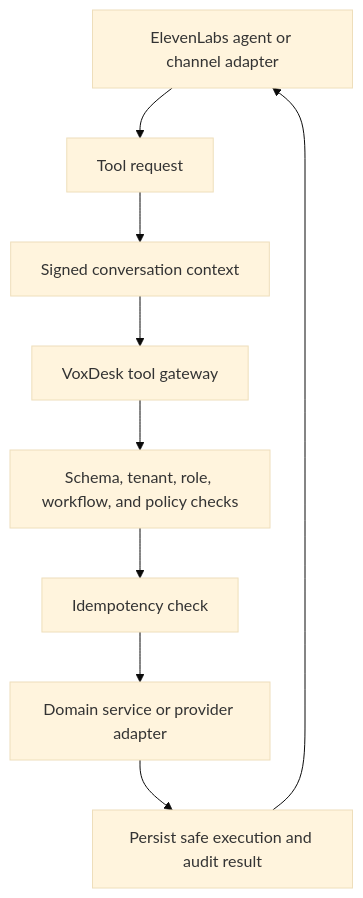
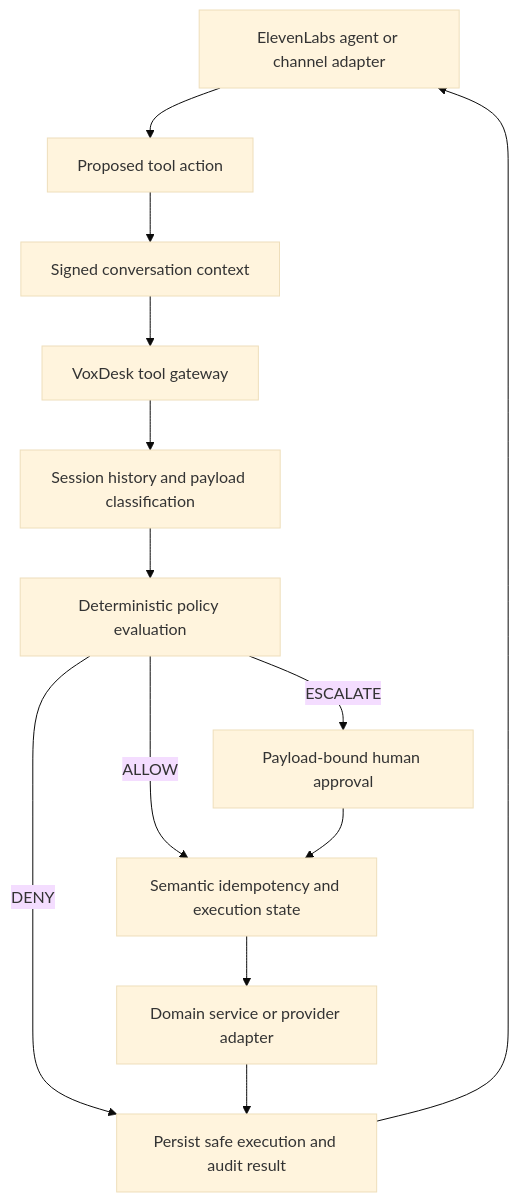
The diagram in docs/security/tool-authorization.md (arslanvuzmal/VoxDesk), drawn with Mermaid (base theme) before and after one commit. The commit also changed other lines of this file, not shown here.

Commit message:
docs: explain tri-state tool governance

````diff
--- a/docs/security/tool-authorization.md
+++ b/docs/security/tool-authorization.md
@@ -5,11 +5,15 @@
 ```mermaid
 flowchart TD
-  Agent[ElevenLabs agent or channel adapter] --> Request[Tool request]
+  Agent[ElevenLabs agent or channel adapter] --> Request[Proposed tool action]
   Request --> Context[Signed conversation context]
   Context --> Gateway[VoxDesk tool gateway]
-  Gateway --> Checks[Schema, tenant, role, workflow, and policy checks]
-  Checks --> Idempotency[Idempotency check]
-  Idempotency --> Service[Domain service or provider adapter]
+  Gateway --> Session[Session history and payload classification]
+  Session --> Policy[Deterministic policy evaluation]
+  Policy -->|ALLOW| Integrity[Semantic idempotency and execution state]
+  Policy -->|DENY| Audit[Decision audit]
+  Policy -->|ESCALATE| Approval[Payload-bound human approval]
+  Approval --> Integrity
+  Integrity --> Service[Domain service or provider adapter]
   Service --> Audit[Persist safe execution and audit result]
   Audit --> Agent
 ```
````
